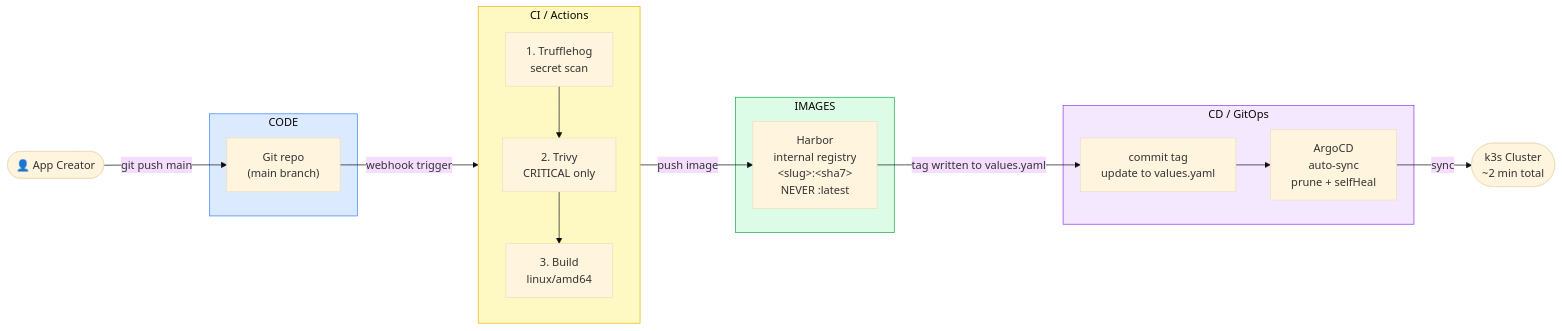
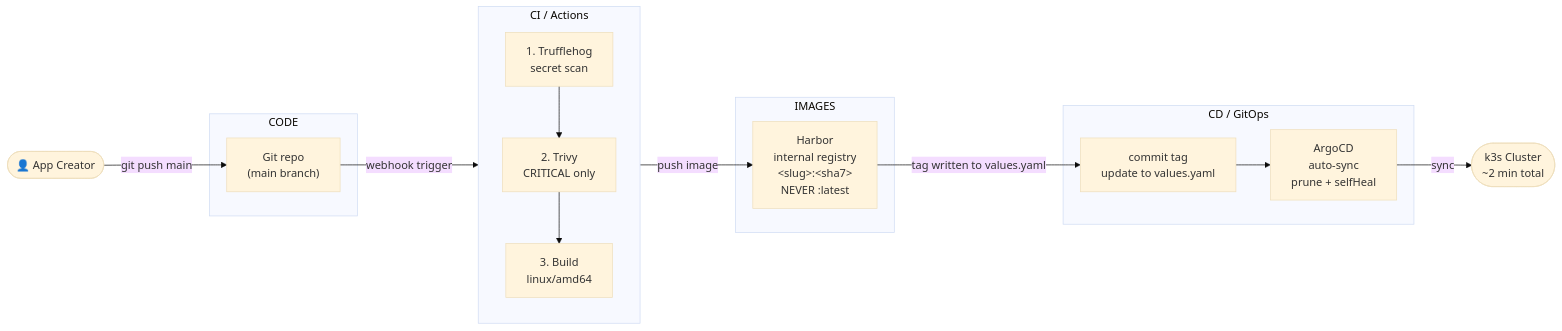
Before and after one commit to lorenzogirardi/website: the fifth of 6 diagrams in content/posts/ai-agentic-development-changes-who-builds-software-and-thats-an-infrastructure-problem.md, drawn with Mermaid (base theme). The commit also changed other lines of this file, not shown here.

````diff
--- a/content/posts/ai-agentic-development-changes-who-builds-software-and-thats-an-infrastructure-problem.md
+++ b/content/posts/ai-agentic-development-changes-who-builds-software-and-thats-an-infrastructure-problem.md
@@ -1014,37 +996,33 @@
 ```mermaid
 flowchart LR
     dev(["👤 App Creator"])
 
     subgraph git["CODE"]
         repo["Git repo<br/>(main branch)"]
     end
 
     subgraph ci["CI / Actions"]
         direction TB
         t1["1. Trufflehog<br/>secret scan"]
         t2["2. Trivy<br/>CRITICAL only"]
         t3["3. Build<br/>linux/amd64"]
         t1 --> t2 --> t3
     end
 
     subgraph reg["IMAGES"]
         harbor["Harbor<br/>internal registry<br/>&lt;slug&gt;:&lt;sha7&gt;<br/>NEVER :latest"]
     end
 
     subgraph cd["CD / GitOps"]
         tag["commit tag<br/>update to values.yaml"]
         argocd["ArgoCD<br/>auto-sync<br/>prune + selfHeal"]
         tag --> argocd
     end
 
     dev -->|"git push main"| repo
     repo -->|"webhook trigger"| ci
     t3 -->|"push image"| harbor
     harbor -->|"tag written to values.yaml"| tag
     argocd -->|"sync"| cluster(["k3s Cluster<br/>~2 min total"])
 
-    style git fill:#dbeafe,stroke:#3b82f6
-    style ci fill:#fef9c3,stroke:#eab308
-    style reg fill:#dcfce7,stroke:#16a34a
-    style cd fill:#f3e8ff,stroke:#9333ea
 ```
````
